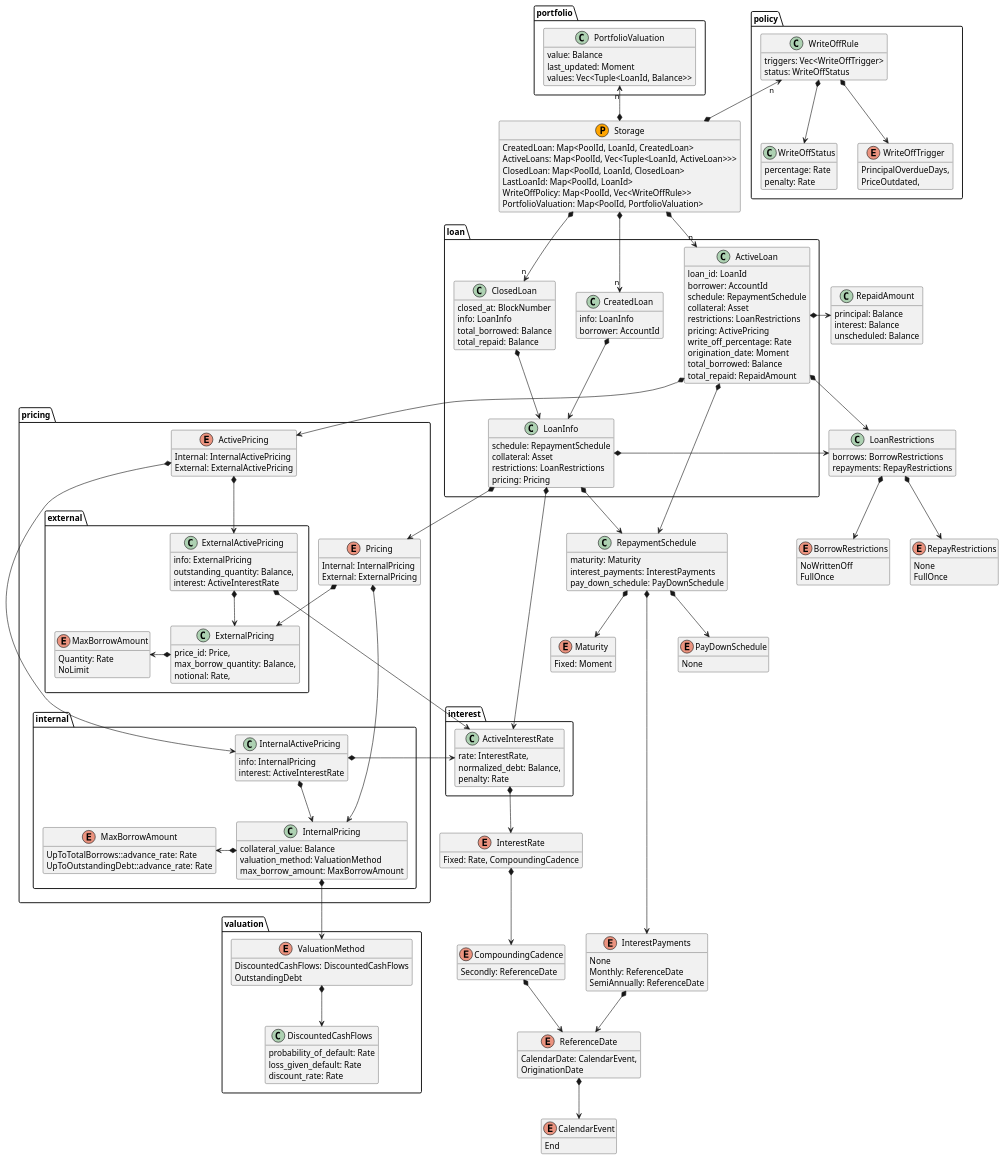
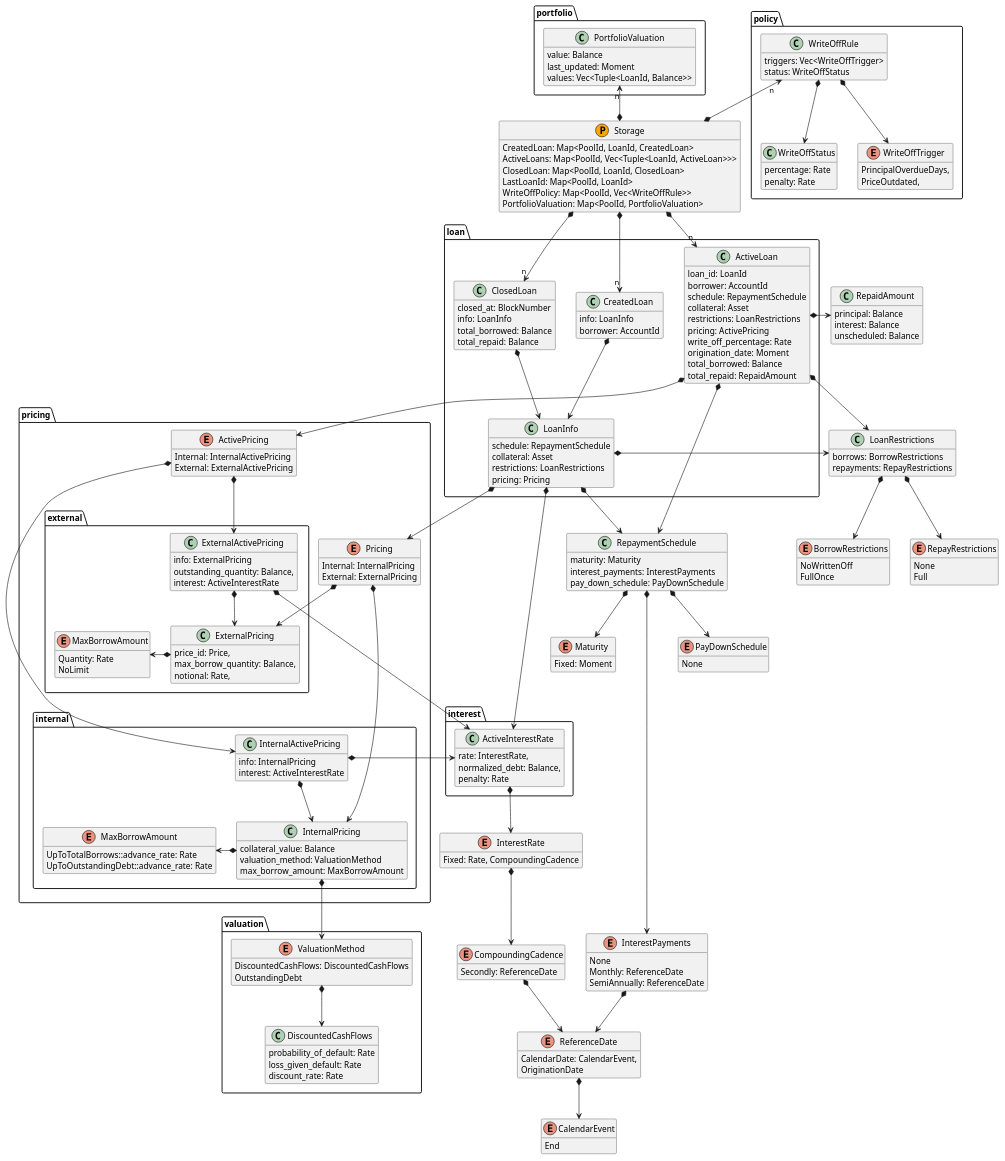
Before and after one commit to centrifuge/centrifuge-chain: the diagram in pallets/loans/docs/types.md, drawn with PlantUML. The commit also changed 4 other files, not shown here.

Commit message:
remove Once part from RepayRestriction::FullOnce

```diff
--- a/pallets/loans/docs/types.md
+++ b/pallets/loans/docs/types.md
@@ -48,7 +48,7 @@
 
 enum RepayRestrictions {
     None
-    FullOnce
+    Full
 }
 
 class LoanRestrictions {
```
